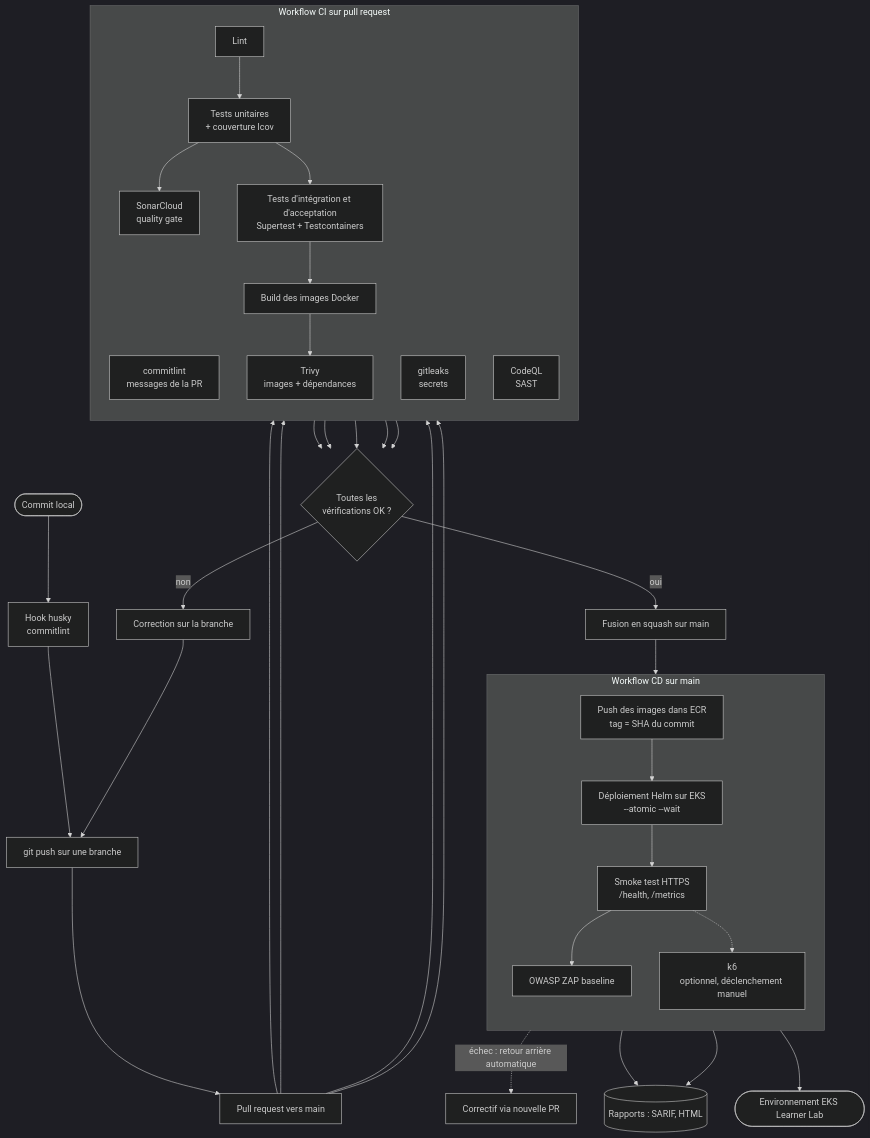
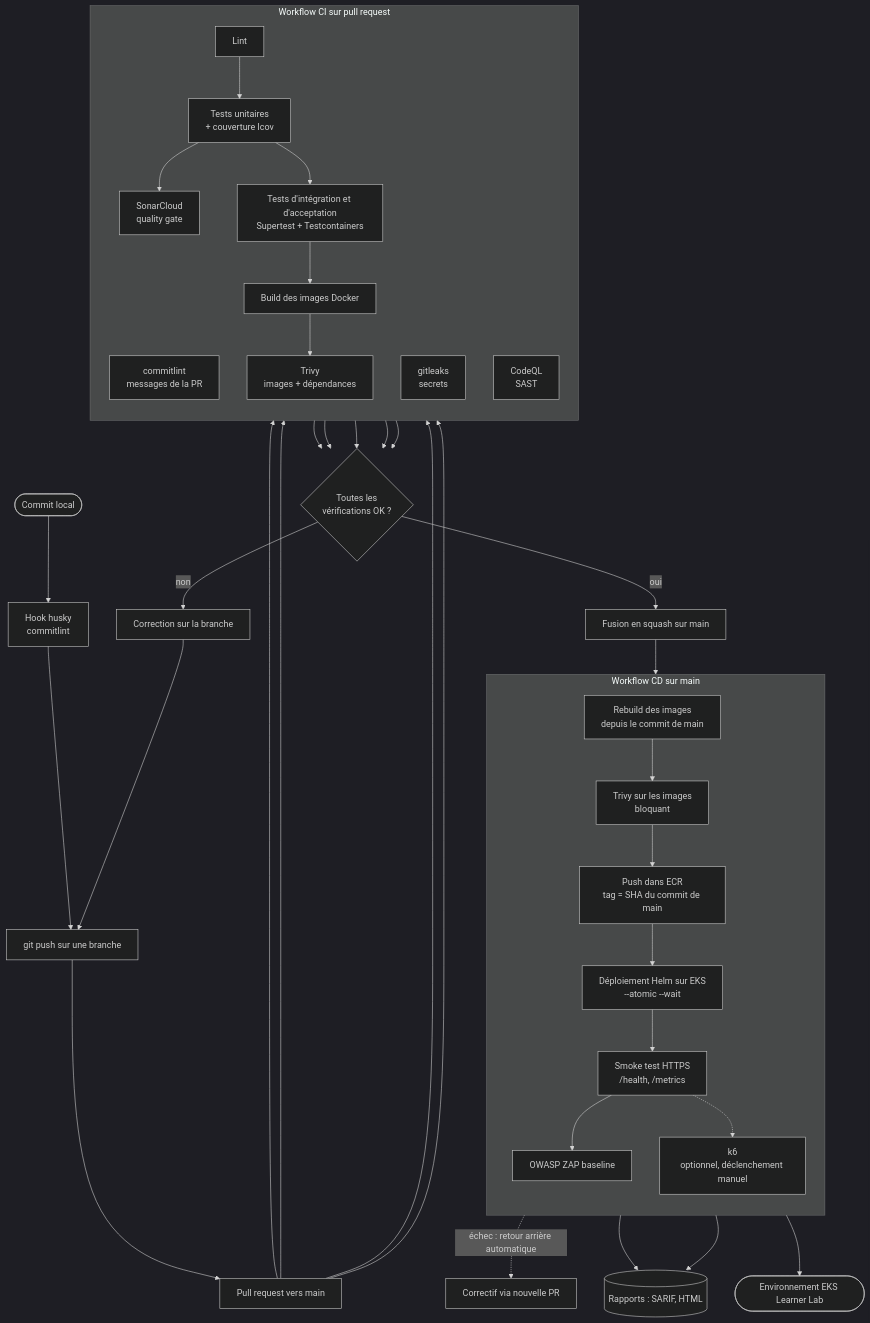
Before and after one commit to Melandry27/collector-shop: the diagram in docs/process/ci-cd.md, drawn with Mermaid (dark theme). The commit also changed other lines of this file, not shown here.

Commit message:
docs(docs): rebuilder et rescanner les images sur main après le squash (S1-05)

````diff
--- a/docs/process/ci-cd.md
+++ b/docs/process/ci-cd.md
@@ -9,48 +9,50 @@
 ```mermaid
 flowchart TD
   dev([Commit local]) --> hook[Hook husky<br/>commitlint]
   hook --> push[git push sur une branche]
   push --> pr[Pull request vers main]
 
   subgraph PR[Workflow CI sur pull request]
     direction TB
     cl[commitlint<br/>messages de la PR]
     gl[gitleaks<br/>secrets]
     lint[Lint]
     ut[Tests unitaires<br/>+ couverture lcov]
     sq[SonarCloud<br/>quality gate]
     cq[CodeQL<br/>SAST]
     it[Tests d'intégration et d'acceptation<br/>Supertest + Testcontainers]
     bld[Build des images Docker]
     tv[Trivy<br/>images + dépendances]
     lint --> ut --> sq
     ut --> it --> bld --> tv
   end
 
   pr --> cl & gl & lint & cq
   sq --> okpr{Toutes les<br/>vérifications OK ?}
   cl --> okpr
   gl --> okpr
   cq --> okpr
   tv --> okpr
   okpr -->|non| fix[Correction sur la branche]
   fix --> push
   okpr -->|oui| merge[Fusion en squash sur main]
 
   subgraph MAIN[Workflow CD sur main]
     direction TB
-    ecr[Push des images dans ECR<br/>tag = SHA du commit]
+    bldm[Rebuild des images<br/>depuis le commit de main]
+    tvm[Trivy sur les images<br/>bloquant]
+    ecr[Push dans ECR<br/>tag = SHA du commit de main]
     helm[Déploiement Helm sur EKS<br/>--atomic --wait]
     smoke[Smoke test HTTPS<br/>/health, /metrics]
     zap[OWASP ZAP baseline]
     k6[k6<br/>optionnel, déclenchement manuel]
-    ecr --> helm --> smoke --> zap
+    bldm --> tvm --> ecr --> helm --> smoke --> zap
     smoke -.-> k6
   end
 
-  merge --> ecr
+  merge --> bldm
   helm -. échec : retour arrière automatique .-> fixmain[Correctif via nouvelle PR]
   zap --> rep[(Rapports : SARIF, HTML)]
   k6 --> rep
   smoke --> prod([Environnement EKS Learner Lab])
 ```
````
